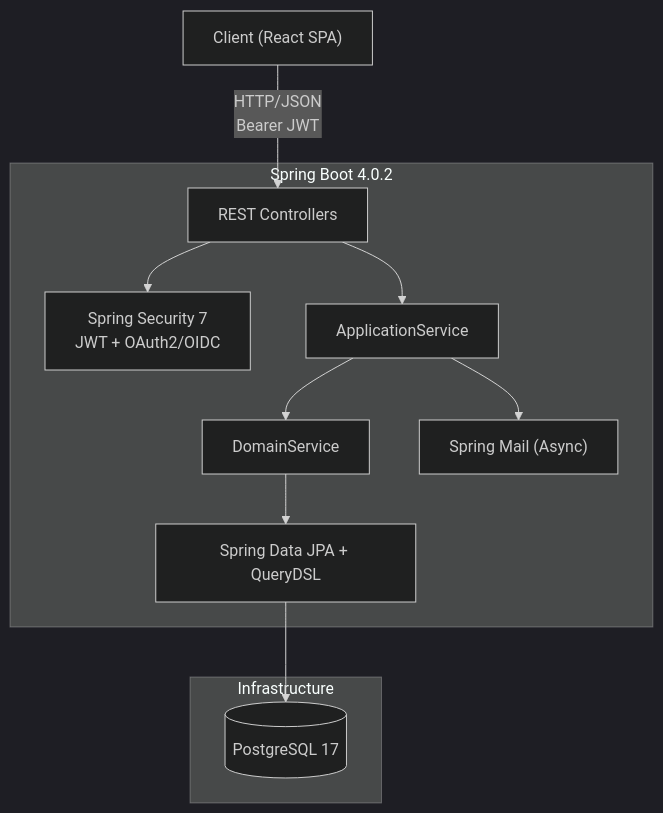
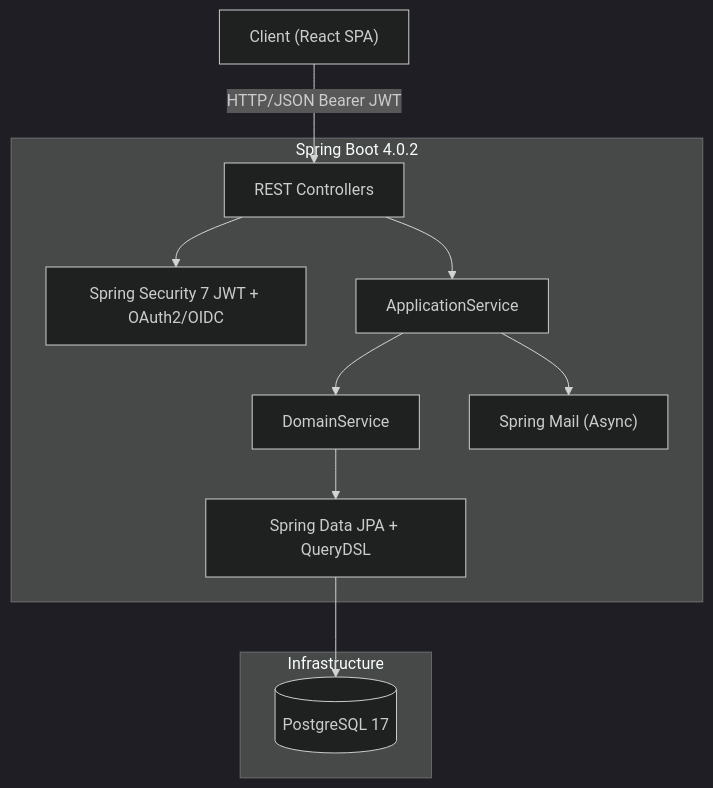
The diagram in README.md (bitcham/jokahobby), drawn with Mermaid (dark theme) before and after one commit.

Commit message:
docs: clean the unrecognize letter in architecture diagram in README.md

````diff
--- a/README.md
+++ b/README.md
@@ -17,25 +17,25 @@
 ```mermaid
 flowchart TB
     Client["Client (React SPA)"]
 
     subgraph Backend["Spring Boot 4.0.2"]
-        SEC["Spring Security 7\nJWT + OAuth2/OIDC"]
+        SEC["Spring Security 7 JWT + OAuth2/OIDC"]
         CTRL["REST Controllers"]
         APP["ApplicationService"]
         SVC["DomainService"]
         JPA["Spring Data JPA + QueryDSL"]
         MAIL["Spring Mail (Async)"]
     end
 
     subgraph Infra["Infrastructure"]
         PG[("PostgreSQL 17")]
     end
 
-    Client -->|"HTTP/JSON\nBearer JWT"| CTRL
+    Client -->|"HTTP/JSON Bearer JWT"| CTRL
     CTRL --> SEC
     CTRL --> APP
     APP --> SVC
     SVC --> JPA
     APP --> MAIL
     JPA --> PG
 ```
````
